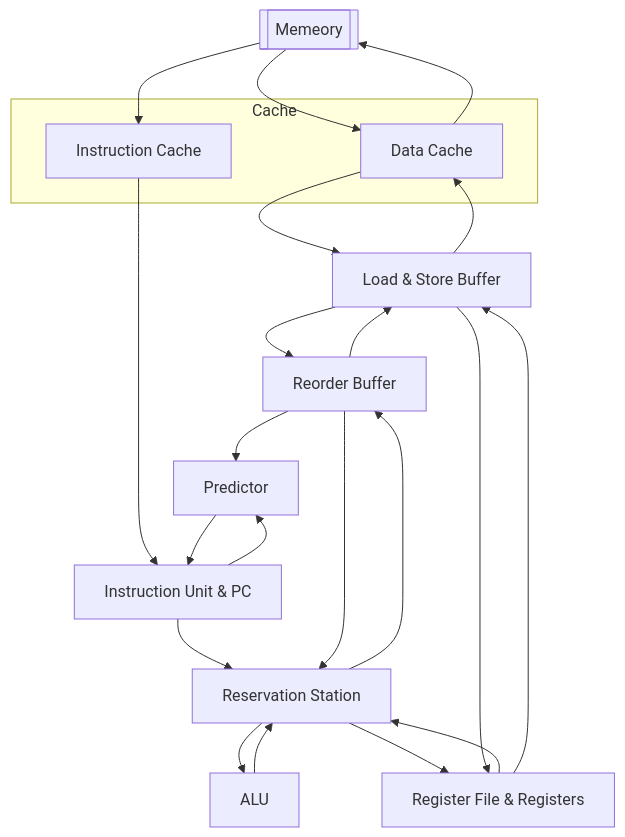
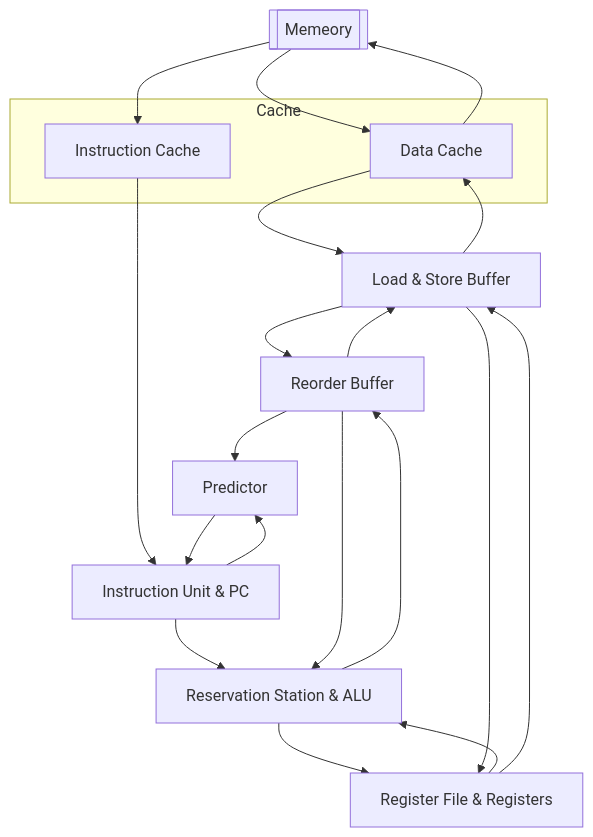
Before and after one commit to LauYeeYu/RV32I-CPU: the diagram in docs/overview.md, drawn with Mermaid.

Commit message:
docs: put ALU and reservation station together

````diff
--- a/docs/overview.md
+++ b/docs/overview.md
@@ -5,36 +5,33 @@
 ```mermaid
 graph TD
 Mem[[Memeory]]
 subgraph Cache
   ICache[Instruction Cache]
   DCache[Data Cache]
 end
 InstructionUnit[Instruction Unit & PC]
 LSBuf[Load & Store Buffer]
 Predictor[Predictor]
 RoB[Reorder Buffer]
 RegFile[Register File & Registers]
-RS[Reservation Station]
-ALU[ALU]
+RS[Reservation Station & ALU]
 
 DCache --> Mem
 Mem --> DCache
 Mem --> ICache
 DCache --> LSBuf
 LSBuf --> DCache
 ICache --> InstructionUnit
 Predictor --> InstructionUnit
 InstructionUnit --> Predictor
 InstructionUnit --> RS
-RS --> ALU
-ALU --> RS
 RS --> RegFile
 RegFile --> RS
 RS --> RoB
 RoB --> RS
 LSBuf --> RoB
 RoB --> LSBuf
 LSBuf --> RegFile
 RegFile --> LSBuf
 RoB --> Predictor
 ```
````
